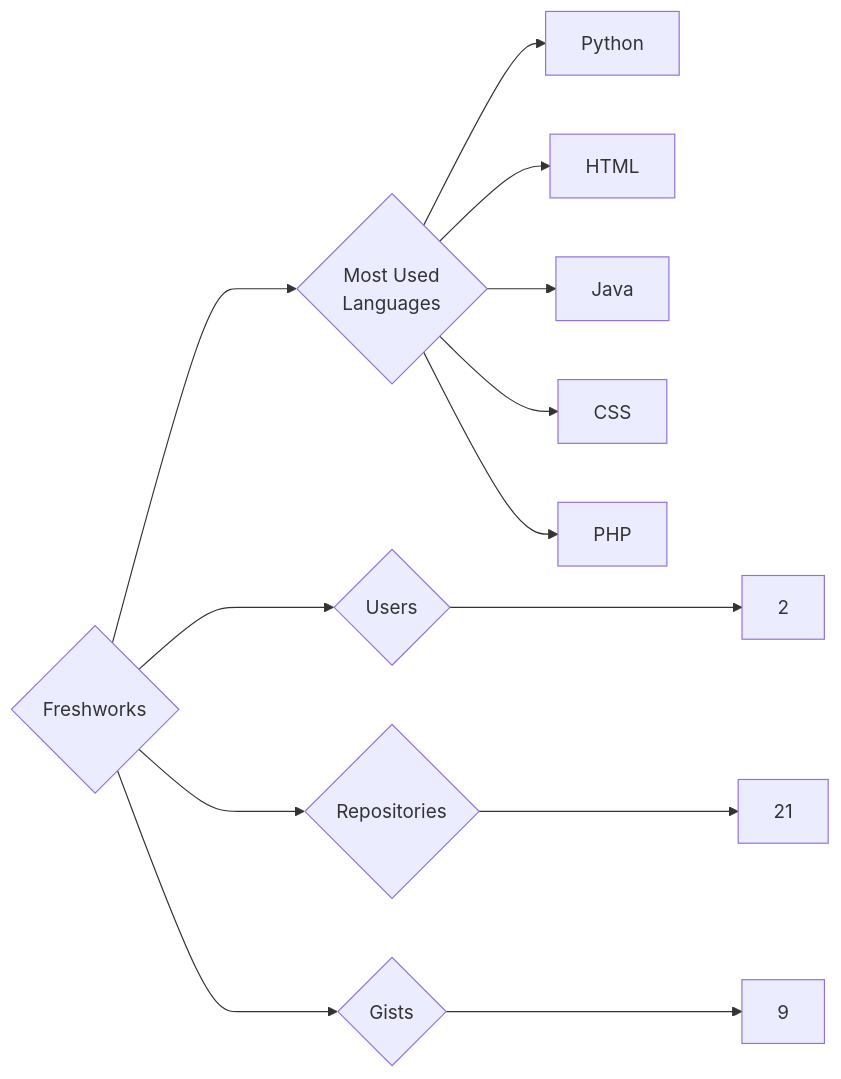
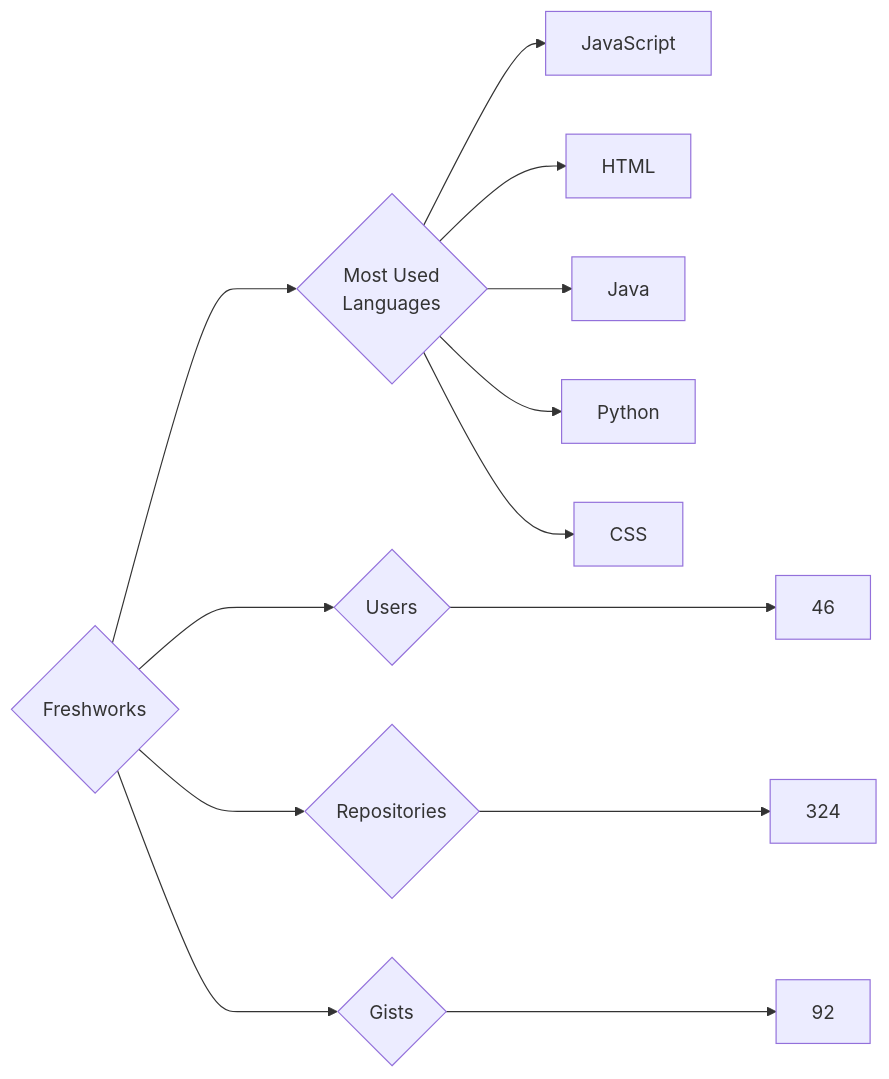
One commit to trickest/insiders changed the diagram in targets/Freshworks/README.md. Above: the diagram before and after it, drawn with Mermaid. The commit also changed 736 other files, not shown here.

````diff
--- a/targets/Freshworks/README.md
+++ b/targets/Freshworks/README.md
@@ -3,13 +3,13 @@
 ```mermaid
 graph LR
 COMPANY_NAME{Freshworks}
-COMPANY_NAME ---> U{Users} ---> UN[2]
-COMPANY_NAME ---> R{Repositories} ---> RN[21]
-COMPANY_NAME ---> G{Gists} ---> GN[9]
+COMPANY_NAME ---> U{Users} ---> UN[46]
+COMPANY_NAME ---> R{Repositories} ---> RN[324]
+COMPANY_NAME ---> G{Gists} ---> GN[92]
 COMPANY_NAME ---> ML{Most Used<br>Languages}
-ML --> Python[Python]
+ML --> JavaScript[JavaScript]
 ML --> HTML[HTML]
 ML --> Java[Java]
+ML --> Python[Python]
 ML --> CSS[CSS]
-ML --> PHP[PHP]
 ```
````
